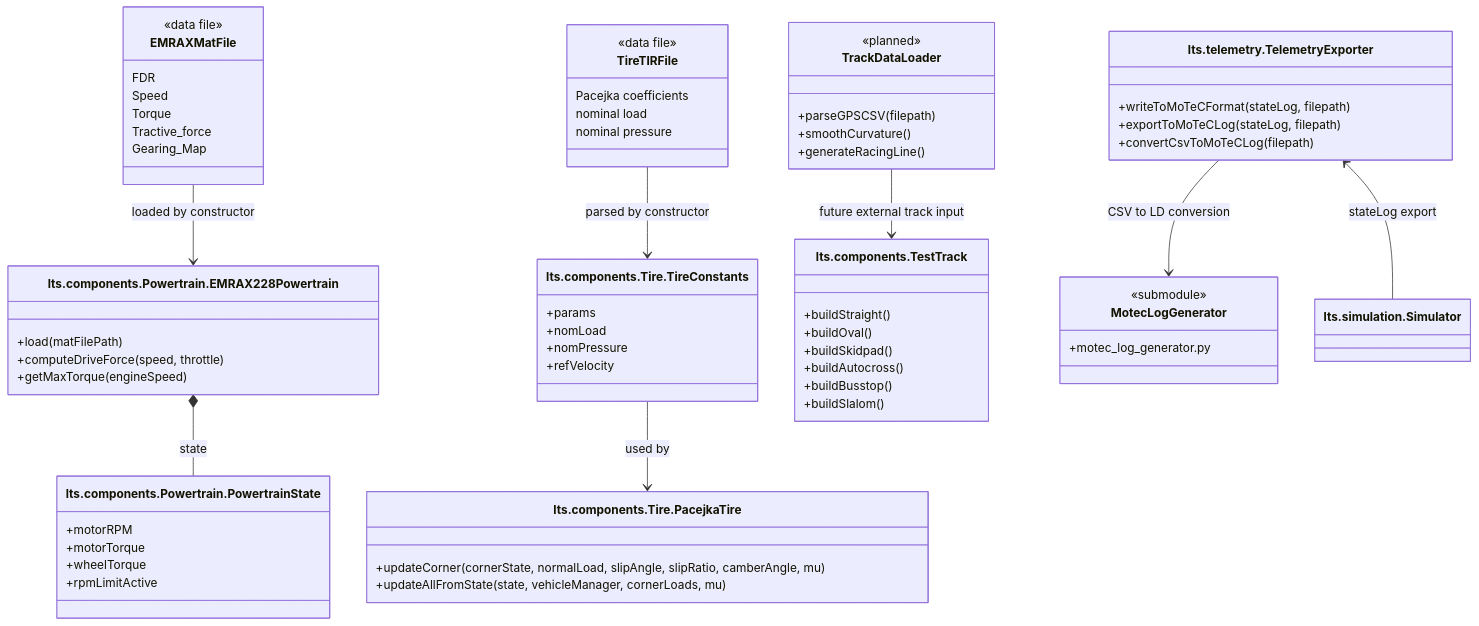
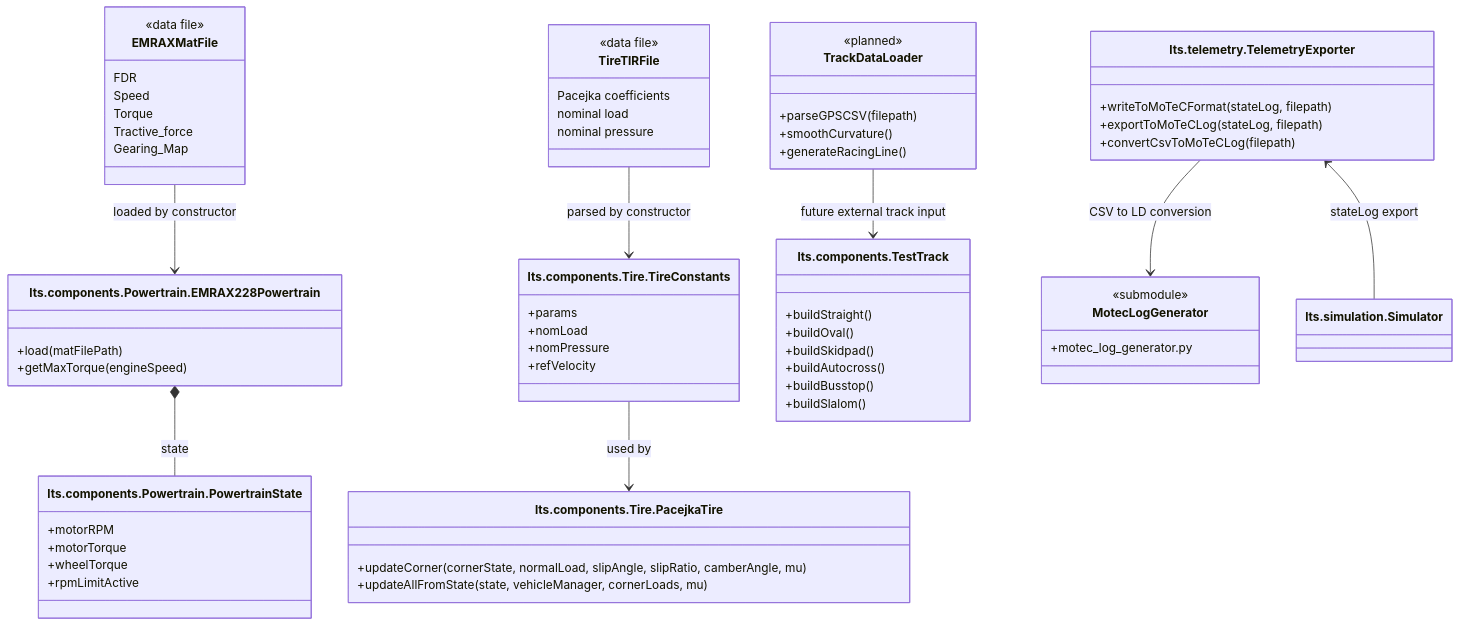
The diagram in docs/data-ingestion/data_ingestion.mmd (jyjh/lts), drawn with Mermaid before and after one commit. The commit also changed 123 other files, not shown here.

```diff
--- a/docs/data-ingestion/data_ingestion.mmd
+++ b/docs/data-ingestion/data_ingestion.mmd
@@ -1,76 +1,75 @@
 classDiagram
     class EMRAXMatFile {
         <<data file>>
         FDR
         Speed
         Torque
         Tractive_force
         Gearing_Map
     }
 
     class TireTIRFile {
         <<data file>>
         Pacejka coefficients
         nominal load
         nominal pressure
     }
 
     class lts.components.Powertrain.EMRAX228Powertrain {
         +load(matFilePath)
-        +computeDriveForce(speed, throttle)
         +getMaxTorque(engineSpeed)
     }
 
     class lts.components.Powertrain.PowertrainState {
         +motorRPM
         +motorTorque
         +wheelTorque
         +rpmLimitActive
     }
 
     class lts.components.Tire.TireConstants {
         +params
         +nomLoad
         +nomPressure
         +refVelocity
     }
 
     class lts.components.Tire.PacejkaTire {
         +updateCorner(cornerState, normalLoad, slipAngle, slipRatio, camberAngle, mu)
         +updateAllFromState(state, vehicleManager, cornerLoads, mu)
     }
 
     class lts.components.TestTrack {
         +buildStraight()
         +buildOval()
         +buildSkidpad()
         +buildAutocross()
         +buildBusstop()
         +buildSlalom()
     }
 
     class TrackDataLoader {
         <<planned>>
         +parseGPSCSV(filepath)
         +smoothCurvature()
         +generateRacingLine()
     }
 
     class lts.telemetry.TelemetryExporter {
         +writeToMoTeCFormat(stateLog, filepath)
         +exportToMoTeCLog(stateLog, filepath)
         +convertCsvToMoTeCLog(filepath)
     }
 
     class MotecLogGenerator {
         <<submodule>>
         +motec_log_generator.py
     }
 
     EMRAXMatFile --> lts.components.Powertrain.EMRAX228Powertrain : loaded by constructor
     lts.components.Powertrain.EMRAX228Powertrain *-- lts.components.Powertrain.PowertrainState : state
     TireTIRFile --> lts.components.Tire.TireConstants : parsed by constructor
     lts.components.Tire.TireConstants --> lts.components.Tire.PacejkaTire : used by
     TrackDataLoader --> lts.components.TestTrack : future external track input
     lts.telemetry.TelemetryExporter <-- lts.simulation.Simulator : stateLog export
     lts.telemetry.TelemetryExporter --> MotecLogGenerator : CSV to LD conversion
```
